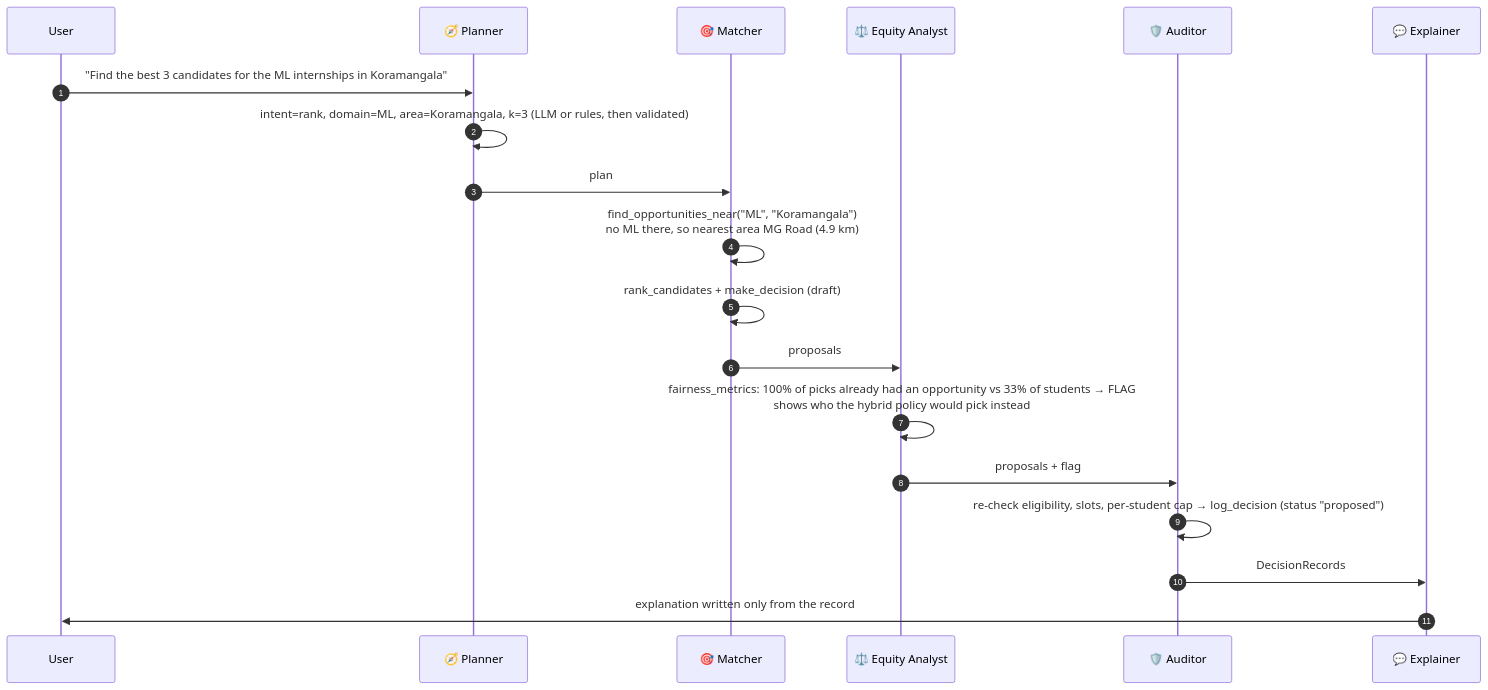
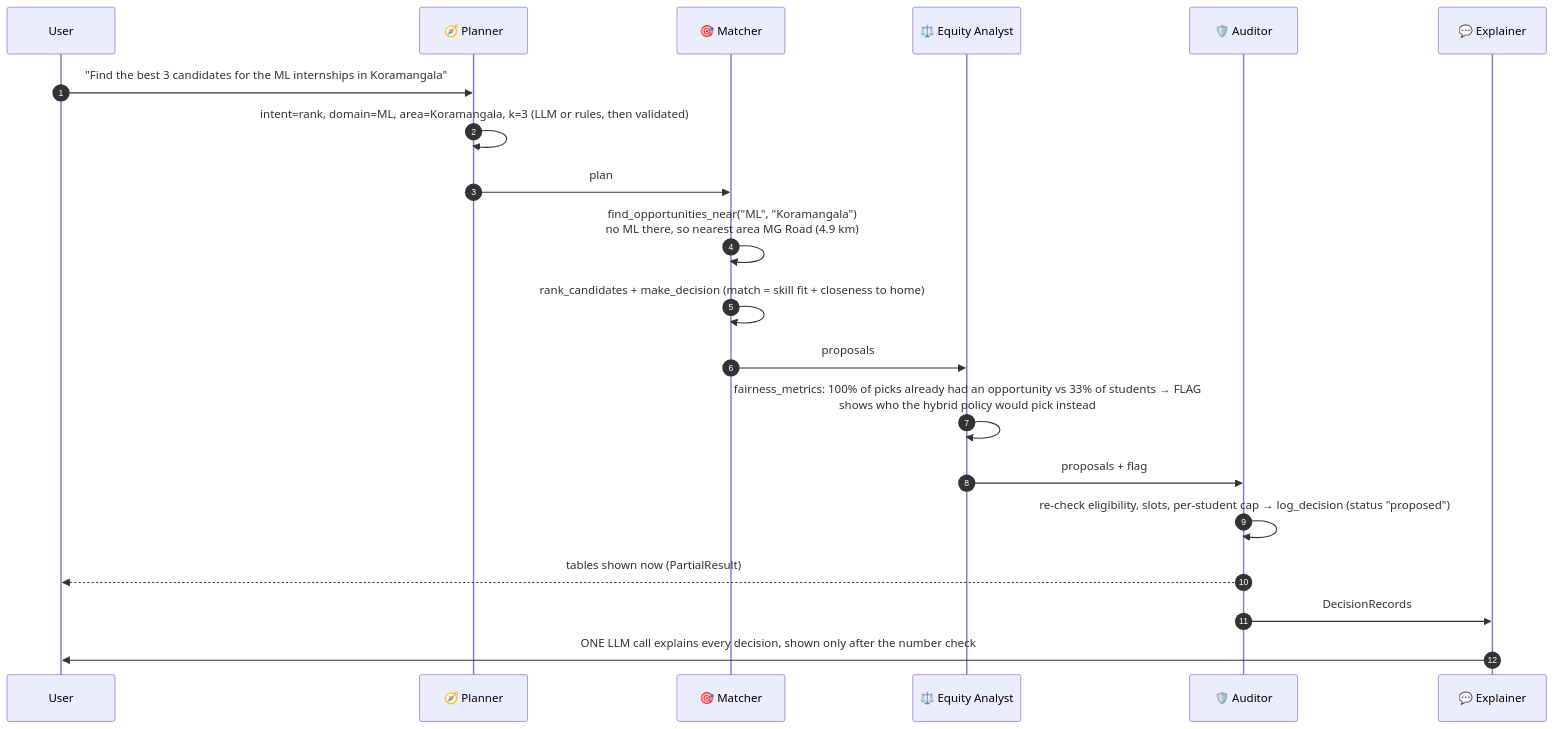
The second of 2 diagrams in README.md (kaustubh-commits/FairMatch-Agent), drawn with Mermaid before and after one commit. The commit also changed other lines of this file and 51 other files, not shown here.

````diff
--- a/README.md
+++ b/README.md
@@ -98,21 +104,22 @@
 ```mermaid
 sequenceDiagram
     autonumber
     participant U as User
     participant P as 🧭 Planner
     participant M as 🎯 Matcher
     participant E as ⚖️ Equity Analyst
     participant A as 🛡️ Auditor
     participant X as 💬 Explainer
     U->>P: "Find the best 3 candidates for the ML internships in Koramangala"
     P->>P: intent=rank, domain=ML, area=Koramangala, k=3 (LLM or rules, then validated)
     P->>M: plan
     M->>M: find_opportunities_near("ML", "Koramangala")<br/>no ML there, so nearest area MG Road (4.9 km)
-    M->>M: rank_candidates + make_decision (draft)
+    M->>M: rank_candidates + make_decision (match = skill fit + closeness to home)
     M->>E: proposals
     E->>E: fairness_metrics: 100% of picks already had an opportunity vs 33% of students → FLAG<br/>shows who the hybrid policy would pick instead
     E->>A: proposals + flag
     A->>A: re-check eligibility, slots, per-student cap → log_decision (status "proposed")
+    A-->>U: tables shown now (PartialResult)
     A->>X: DecisionRecords
-    X->>U: explanation written only from the record
+    X->>U: ONE LLM call explains every decision, shown only after the number check
 ```
````
